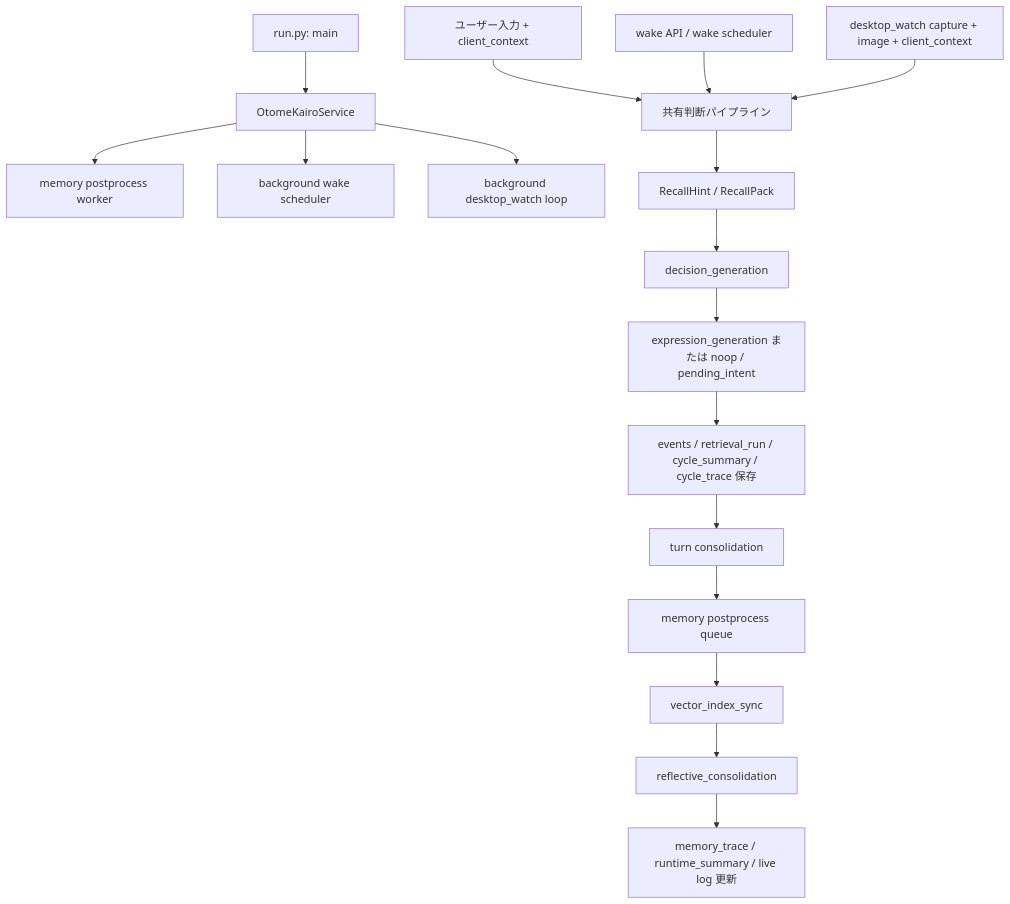
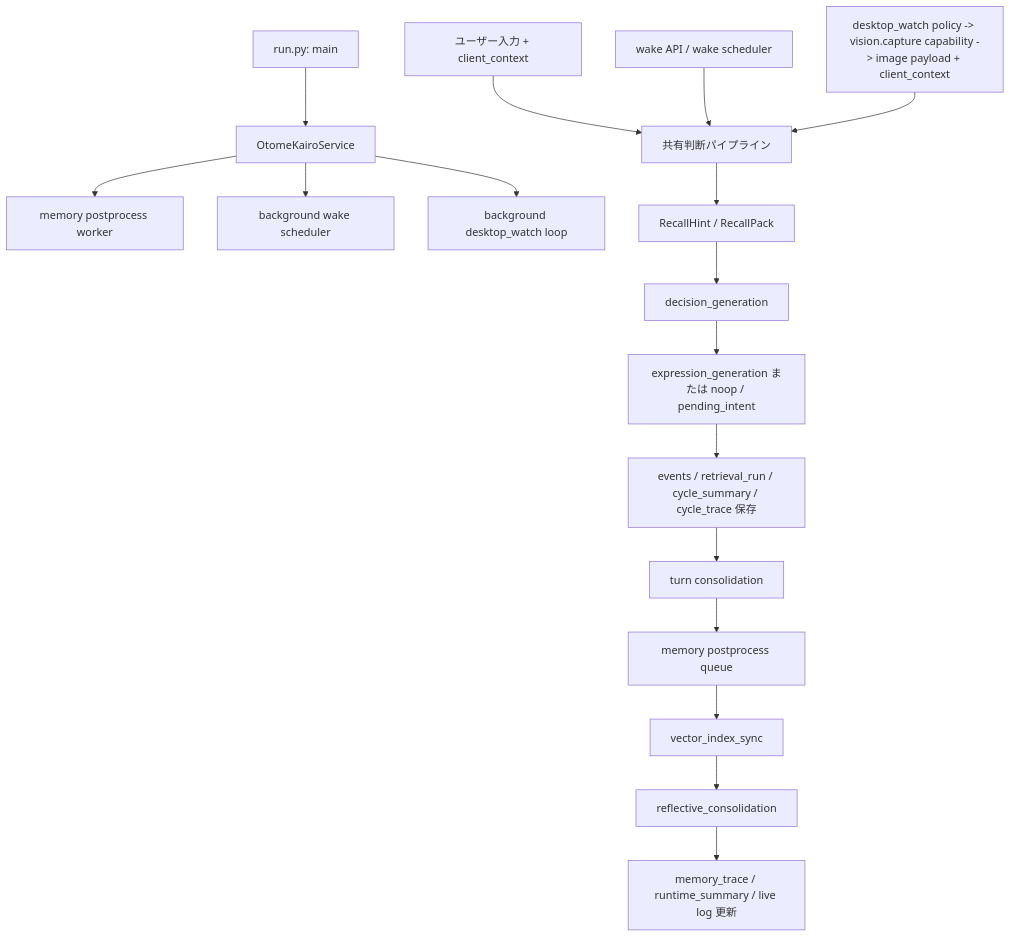
The second of 4 diagrams in docs/plan/02_現行処理フロー.md (hirona98/OtomeKairo), drawn with Mermaid before and after one commit. The commit also changed other lines of this file and 17 other files, not shown here.

````diff
--- a/docs/plan/02_現行処理フロー.md
+++ b/docs/plan/02_現行処理フロー.md
@@ -131,22 +131,22 @@
 ```mermaid
 flowchart TD
     Start["run.py: main"] --> Service["OtomeKairoService"]
     Service --> Worker["memory postprocess worker"]
     Service --> WakeLoop["background wake scheduler"]
     Service --> WatchLoop["background desktop_watch loop"]
 
     User["ユーザー入力 + client_context"] --> Shared["共有判断パイプライン"]
     WakeAPI["wake API / wake scheduler"] --> Shared
-    Watch["desktop_watch capture + image + client_context"] --> Shared
+    Watch["desktop_watch policy -> vision.capture capability -> image payload + client_context"] --> Shared
 
     Shared --> Recall["RecallHint / RecallPack"]
     Recall --> Decision["decision_generation"]
     Decision --> Reply["expression_generation または noop / pending_intent"]
     Reply --> Persist["events / retrieval_run / cycle_summary / cycle_trace 保存"]
 
     Persist --> Memory["turn consolidation"]
     Memory --> Queue["memory postprocess queue"]
     Queue --> Vec["vector_index_sync"]
     Vec --> Reflect["reflective_consolidation"]
     Reflect --> Update["memory_trace / runtime_summary / live log 更新"]
 ```
````
